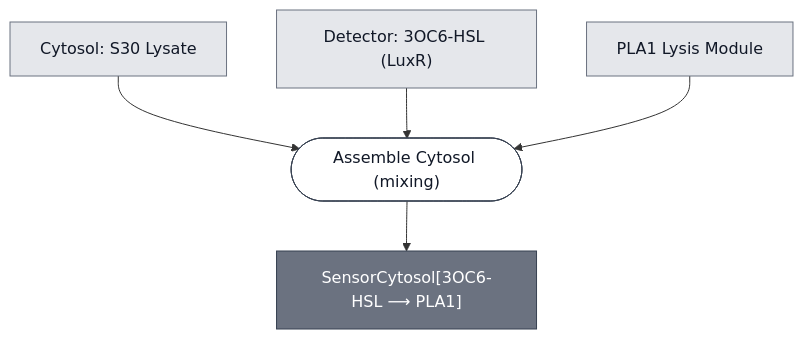
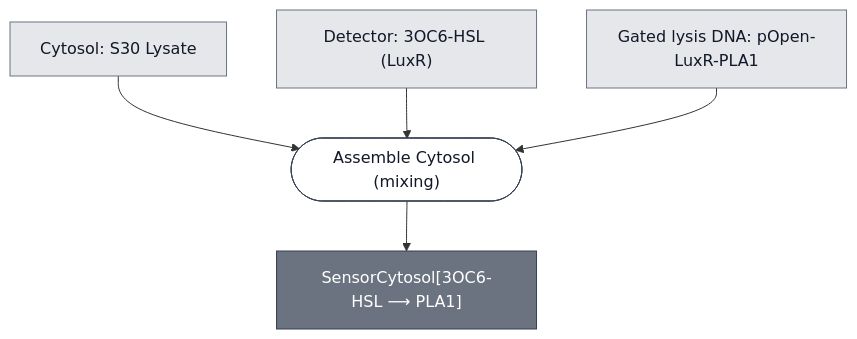
One commit to nucleus-eng/nucleus-docs changed the diagram in docs/modules/ahsl-sensor-cytosol/spec.md. Above: the diagram before and after it, drawn with Mermaid. The commit also changed other lines of this file and 22 other files, not shown here.

````diff
--- a/docs/modules/ahsl-sensor-cytosol/spec.md
+++ b/docs/modules/ahsl-sensor-cytosol/spec.md
@@ -31,28 +31,27 @@
 ```mermaid
 flowchart TD
     S30_LYSATE["Cytosol: S30 Lysate"]
     DETECTOR_3OC6_HSL["Detector: 3OC6-HSL (LuxR)"]
-    EFFECTOR_PLA1["PLA1 Lysis Module"]
+    EFFECTOR_PLA1_LUXR["Gated lysis DNA: pOpen-LuxR-PLA1"]
 
     P1_ASSEMBLE_CYTOSOL_0(["Assemble Cytosol (mixing)"])
     AHSL_SENSOR_CYTOSOL["SensorCytosol[3OC6-HSL ⟶ PLA1]"]
 
     S30_LYSATE --> P1_ASSEMBLE_CYTOSOL_0
     DETECTOR_3OC6_HSL --> P1_ASSEMBLE_CYTOSOL_0
-    EFFECTOR_PLA1 --> P1_ASSEMBLE_CYTOSOL_0
+    EFFECTOR_PLA1_LUXR --> P1_ASSEMBLE_CYTOSOL_0
     P1_ASSEMBLE_CYTOSOL_0 --> AHSL_SENSOR_CYTOSOL
 
 
     classDef leaf     fill:#e5e7eb,stroke:#6b7280,color:#111827;
     classDef composed fill:#6b7280,stroke:#374151,color:#ffffff;
     classDef process  fill:#ffffff,stroke:#374151,color:#111827;
-    class S30_LYSATE,DETECTOR_3OC6_HSL,EFFECTOR_PLA1 leaf;
+    class S30_LYSATE,DETECTOR_3OC6_HSL,EFFECTOR_PLA1_LUXR leaf;
     class AHSL_SENSOR_CYTOSOL composed;
     class P1_ASSEMBLE_CYTOSOL_0 process;
 
     click S30_LYSATE "/docs/modules/s30-lysate/spec"
     click DETECTOR_3OC6_HSL "/docs/modules/detector-3oc6-hsl/spec"
-    click EFFECTOR_PLA1 "/docs/modules/effector-pla1/spec"
     click P1_ASSEMBLE_CYTOSOL_0 "/docs/processes/assemble-cytosol/assemble-cytosol-main"
     click AHSL_SENSOR_CYTOSOL "/docs/modules/ahsl-sensor-cytosol/spec"
 ```
````
